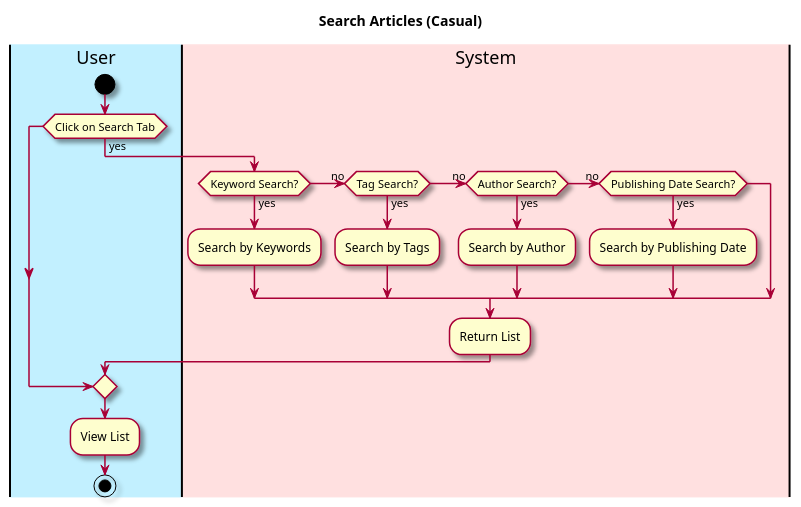
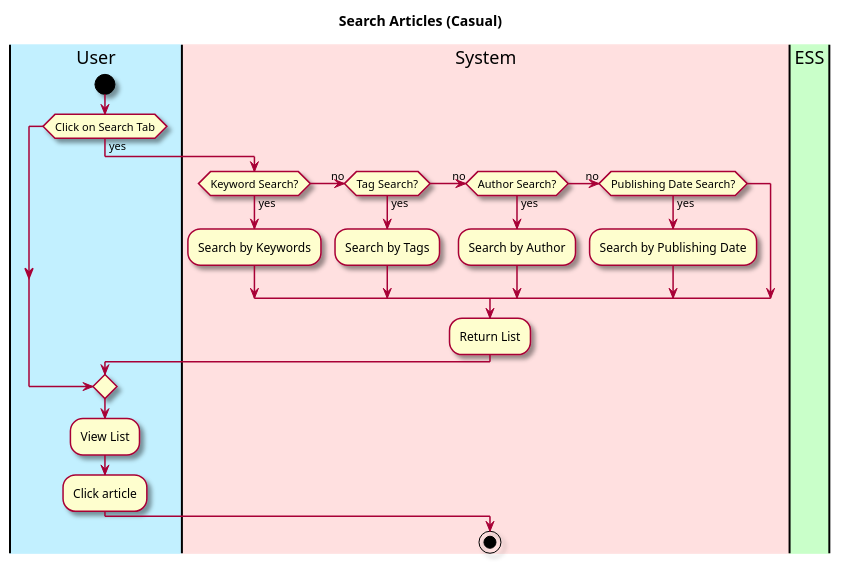
Before and after one commit to owhitleym-ui/EcoScoop: the diagram in intellij/doc/Functional Specification/search-article.md, drawn with PlantUML. The commit also changed 12 other files, not shown here.

````diff
--- a/intellij/doc/Functional Specification/search-article.md
+++ b/intellij/doc/Functional Specification/search-article.md
@@ -20,31 +20,35 @@
 ```plantuml
 @startuml
 skin rose
 
 title Search Articles (Casual)
 
 'define the lanes
 |#application|User|
 |#implementation|System|
+|#technology|ESS|
 
 |User|
 start
 if (Click on Search Tab) then (yes)
 |System|
     if (Keyword Search?) then (yes)
     :Search by Keywords;
     (no) elseif (Tag Search?) then (yes)
     :Search by Tags;
     (no) elseif (Author Search?) then (yes)
     :Search by Author;
     (no) elseif (Publishing Date Search?) then (yes)
     :Search by Publishing Date;
     endif
 :Return List;
 endif
 |User|
 :View List;
+:Click article;
+
+|System|
 
 stop
 @enduml
 ```
````
